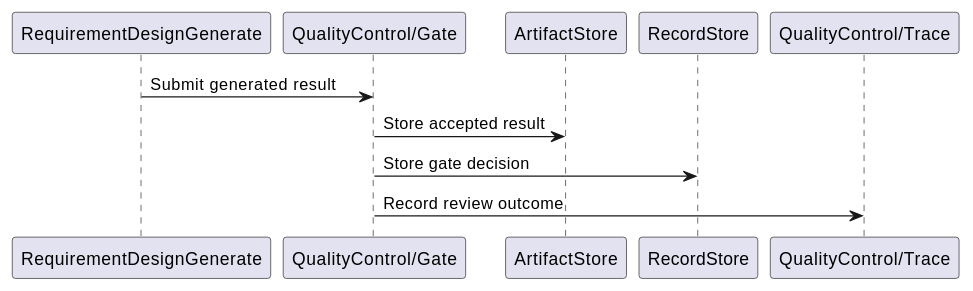
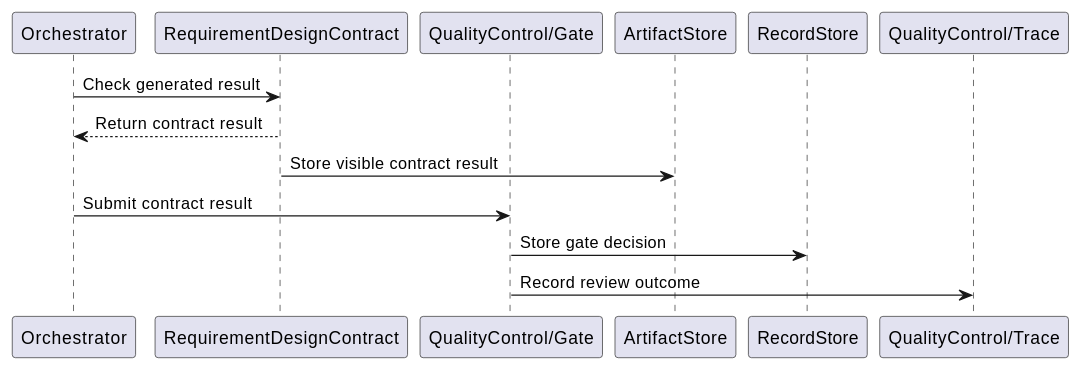
Before and after one commit to lucky-chen/ai_workflow_travel: the second of 8 diagrams in project_layer/docs/TechnicalArchitecture.md, drawn with PlantUML. The commit also changed other lines of this file and 16 other files, not shown here.

````diff
--- a/project_layer/docs/TechnicalArchitecture.md
+++ b/project_layer/docs/TechnicalArchitecture.md
@@ -805,13 +820,16 @@
 ```plantuml
 @startuml
-participant RequirementDesignGenerate
+participant Orchestrator
+participant RequirementDesignContract
 participant "QualityControl/Gate" as Gate
 participant ArtifactStore
 participant RecordStore
 participant "QualityControl/Trace" as Trace
-RequirementDesignGenerate -> Gate: Submit generated result
-Gate -> ArtifactStore: Store accepted result
+Orchestrator -> RequirementDesignContract: Check generated result
+RequirementDesignContract --> Orchestrator: Return contract result
+RequirementDesignContract -> ArtifactStore: Store visible contract result
+Orchestrator -> Gate: Submit contract result
 Gate -> RecordStore: Store gate decision
 Gate -> Trace: Record review outcome
 @enduml
 ```
````
